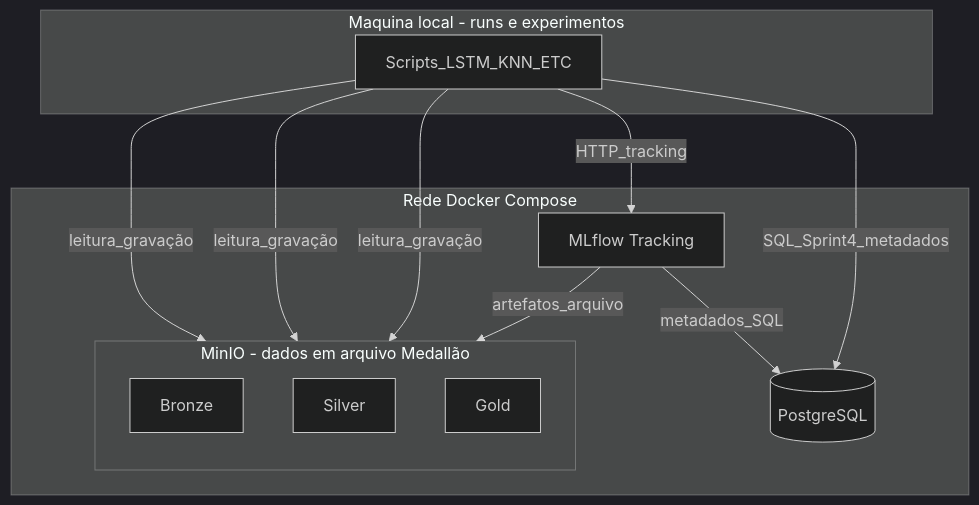
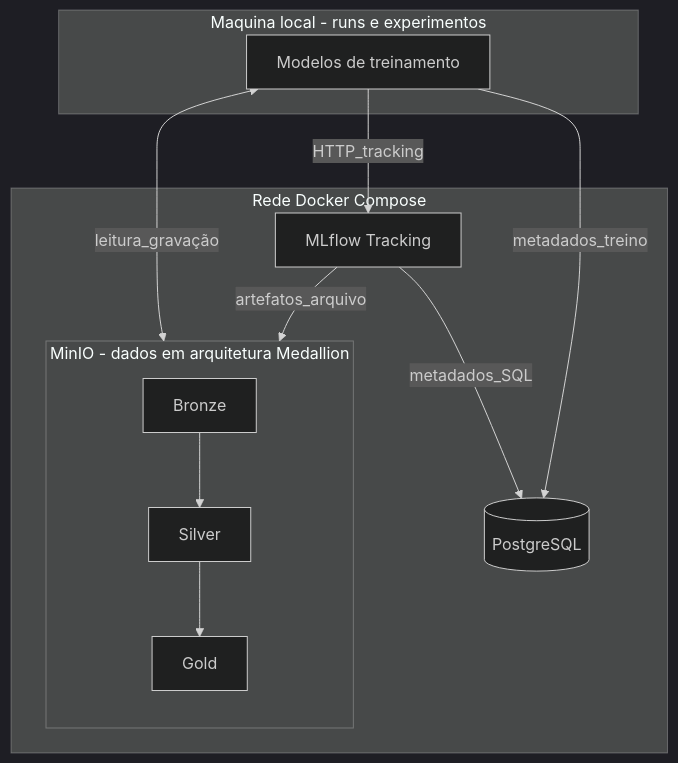
The diagram in readme.md (FabioBoemer/projeto-ia), drawn with Mermaid (dark theme) before and after one commit. The commit also changed other lines of this file, not shown here.

````diff
--- a/readme.md
+++ b/readme.md
@@ -47,23 +50,23 @@
 ```mermaid
 flowchart TB
   subgraph dev [Maquina local - runs e experimentos]
-    PY[Scripts_LSTM_KNN_ETC]
+    PY[Modelos de treinamento]
   end
   subgraph docker [Rede Docker Compose]
-    subgraph minio [MinIO - dados em arquivo Medallão]
+    subgraph minio [MinIO - dados em arquitetura Medallion]
       direction TB
       BRZ[Bronze]
       SLV[Silver]
       GLD[Gold]
     end
     PG[(PostgreSQL)]
     MLF[MLflow Tracking]
   end
-  PY -->|leitura_gravação| BRZ
-  PY -->|leitura_gravação| SLV
-  PY -->|leitura_gravação| GLD
+  BRZ --> SLV
+  SLV --> GLD
+  PY <-->|leitura_gravação| GLD
   PY -->|HTTP_tracking| MLF
   MLF -->|metadados_SQL| PG
   MLF -->|artefatos_arquivo| GLD
-  PY -->|SQL_Sprint4_metadados| PG
+  PY -->|metadados_treino| PG
 ```
````
